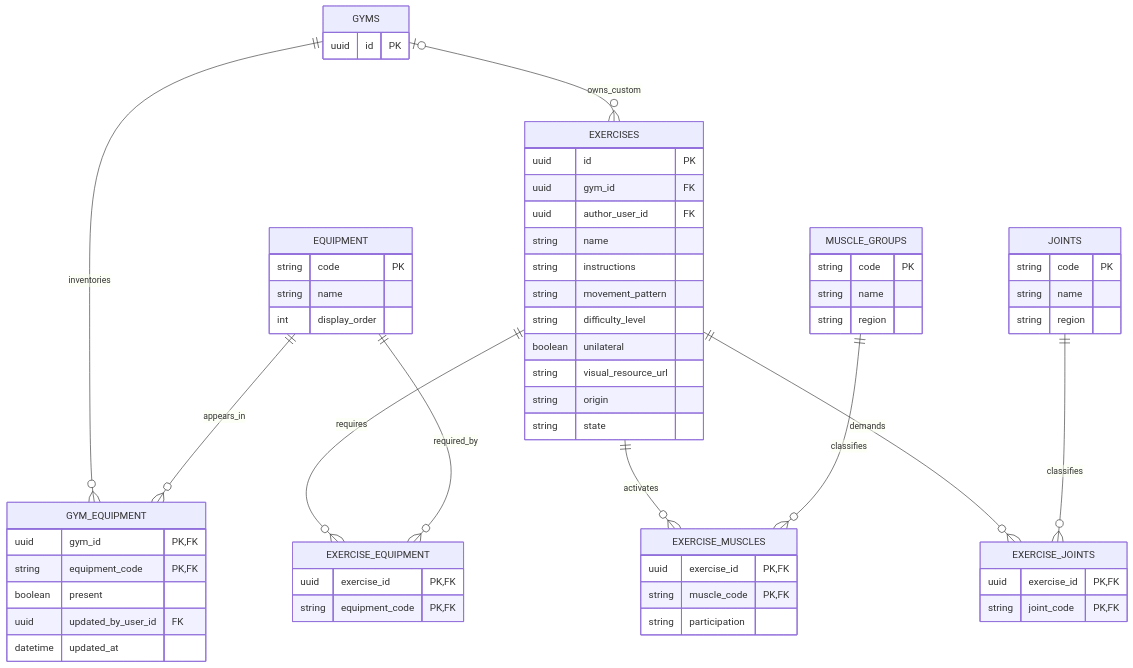
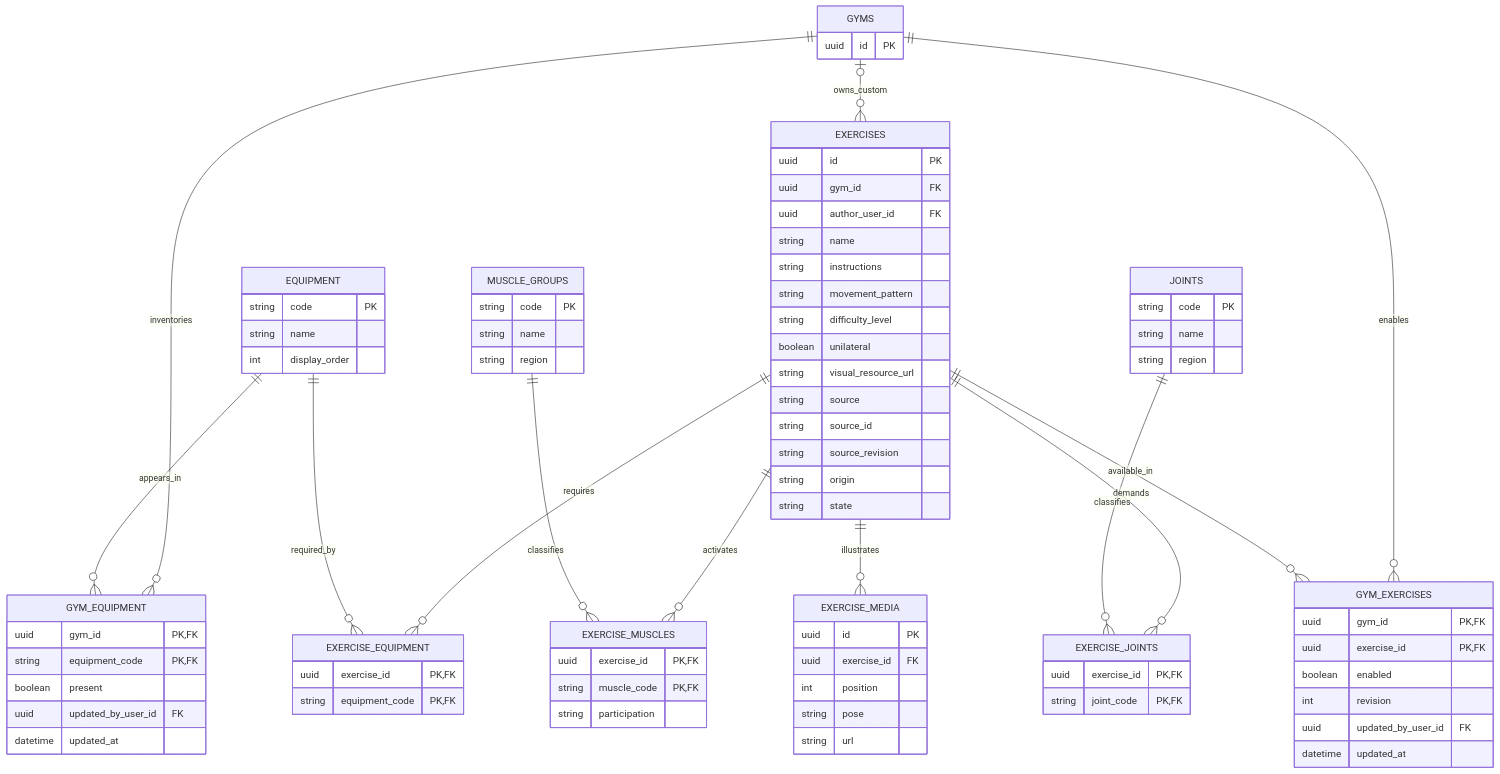
One commit to Maico-Zurbriggen/proyecto-gimnasio-documentacion changed the fourth of 10 diagrams in architecture/database-relational-model.md. Above: the diagram before and after it, drawn with Mermaid. The commit also changed other lines of this file and 34 other files, not shown here.

```diff
--- a/architecture/database-relational-model.md
+++ b/architecture/database-relational-model.md
@@ -254,8 +258,26 @@
         string difficulty_level
         boolean unilateral
         string visual_resource_url
+        string source
+        string source_id
+        string source_revision
         string origin
         string state
+    }
+    GYM_EXERCISES {
+        uuid gym_id PK,FK
+        uuid exercise_id PK,FK
+        boolean enabled
+        int revision
+        uuid updated_by_user_id FK
+        datetime updated_at
+    }
+    EXERCISE_MEDIA {
+        uuid id PK
+        uuid exercise_id FK
+        int position
+        string pose
+        string url
     }
     EXERCISE_EQUIPMENT {
         uuid exercise_id PK,FK
@@ -274,6 +296,9 @@
     GYMS ||--o{ GYM_EQUIPMENT : inventories
     EQUIPMENT ||--o{ GYM_EQUIPMENT : appears_in
     GYMS o|--o{ EXERCISES : owns_custom
+    GYMS ||--o{ GYM_EXERCISES : enables
+    EXERCISES ||--o{ GYM_EXERCISES : available_in
+    EXERCISES ||--o{ EXERCISE_MEDIA : illustrates
     EXERCISES ||--o{ EXERCISE_EQUIPMENT : requires
     EQUIPMENT ||--o{ EXERCISE_EQUIPMENT : required_by
     EXERCISES ||--o{ EXERCISE_MUSCLES : activates
```
